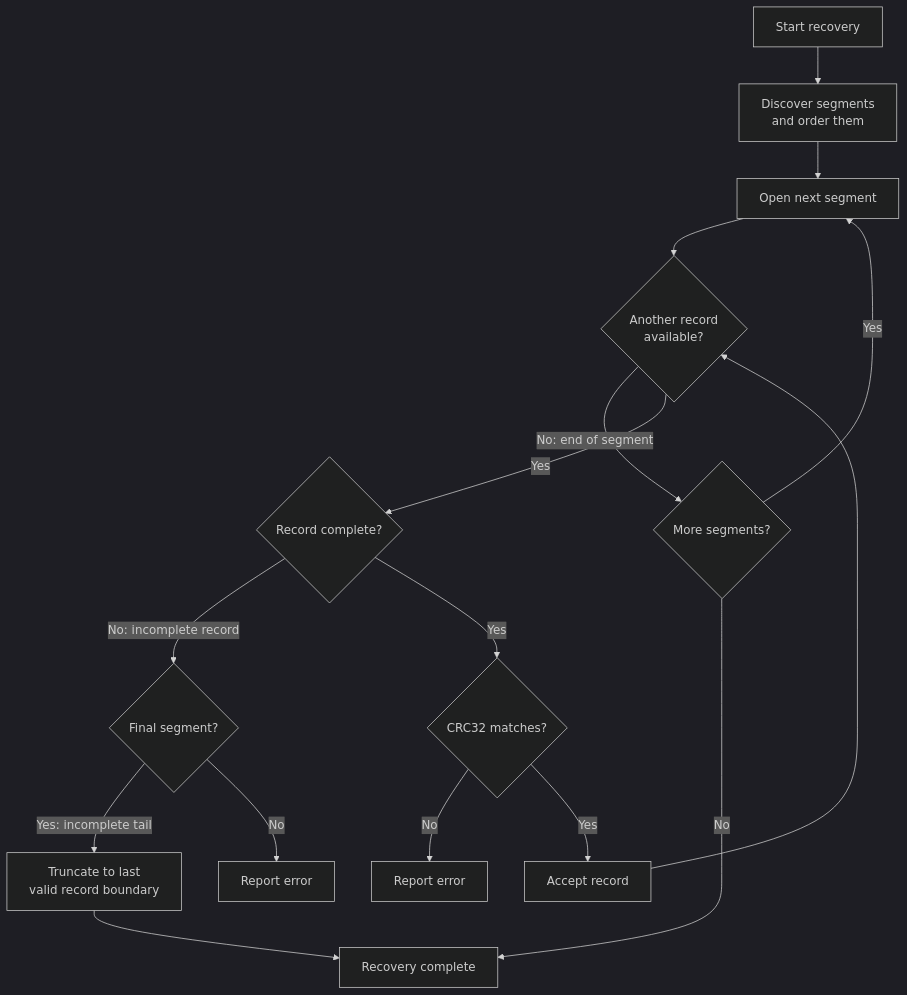
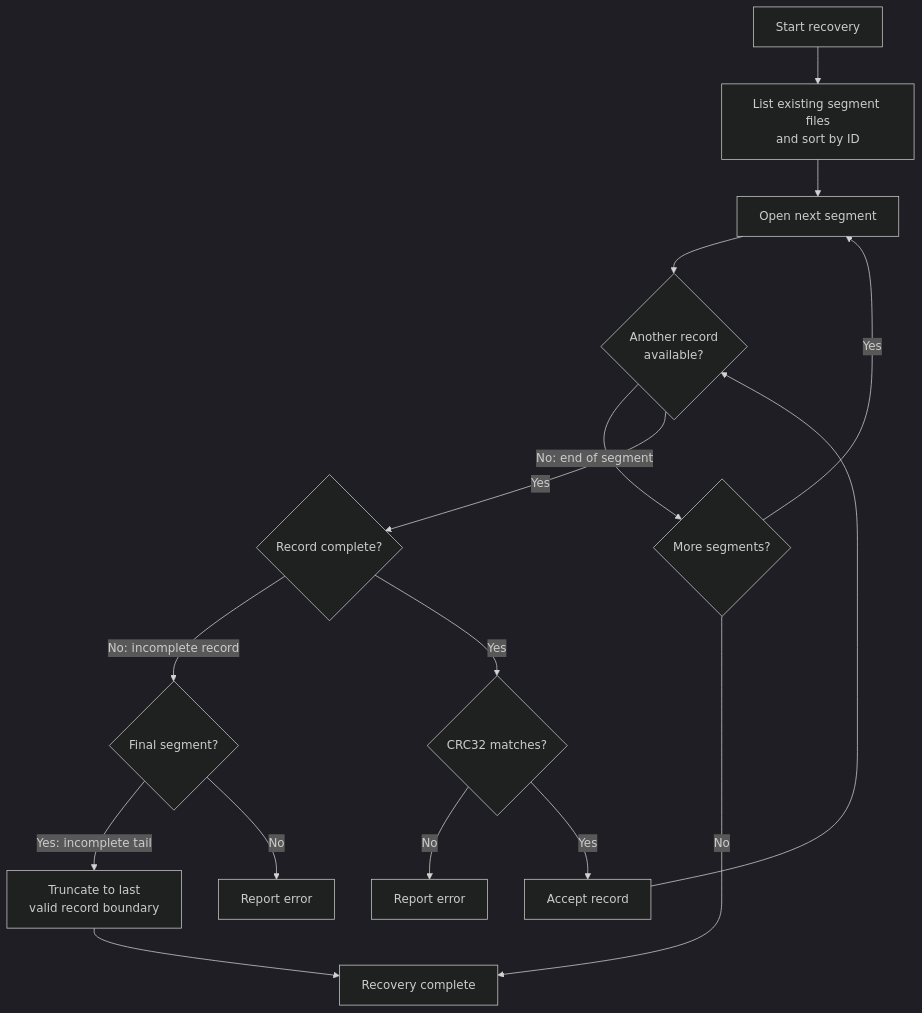
The ninth of 15 diagrams in README.md (PratyushVishal11011/Fairgate), drawn with Mermaid (dark theme) before and after one commit. The commit also changed other lines of this file and 35 other files, not shown here.

````diff
--- a/README.md
+++ b/README.md
@@ -413,18 +459,18 @@
 ```mermaid
 flowchart TD
-    A["Start recovery"] --> B["Discover segments<br/>and order them"]
+    A["Start recovery"] --> B["List existing segment files<br/>and sort by ID"]
     B --> B2["Open next segment"]
     B2 --> C{"Another record<br/>available?"}
     C -->|"No: end of segment"| L{"More segments?"}
     L -->|"Yes"| B2
     L -->|"No"| H["Recovery complete"]
     C -->|"Yes"| D{"Record complete?"}
     D -->|"No: incomplete record"| FS{"Final segment?"}
     FS -->|"Yes: incomplete tail"| E["Truncate to last<br/>valid record boundary"]
     E --> H
     FS -->|"No"| G2["Report error"]
     D -->|"Yes"| F{"CRC32 matches?"}
     F -->|"No"| G["Report error"]
     F -->|"Yes"| I["Accept record"]
     I --> C
 ```
````
